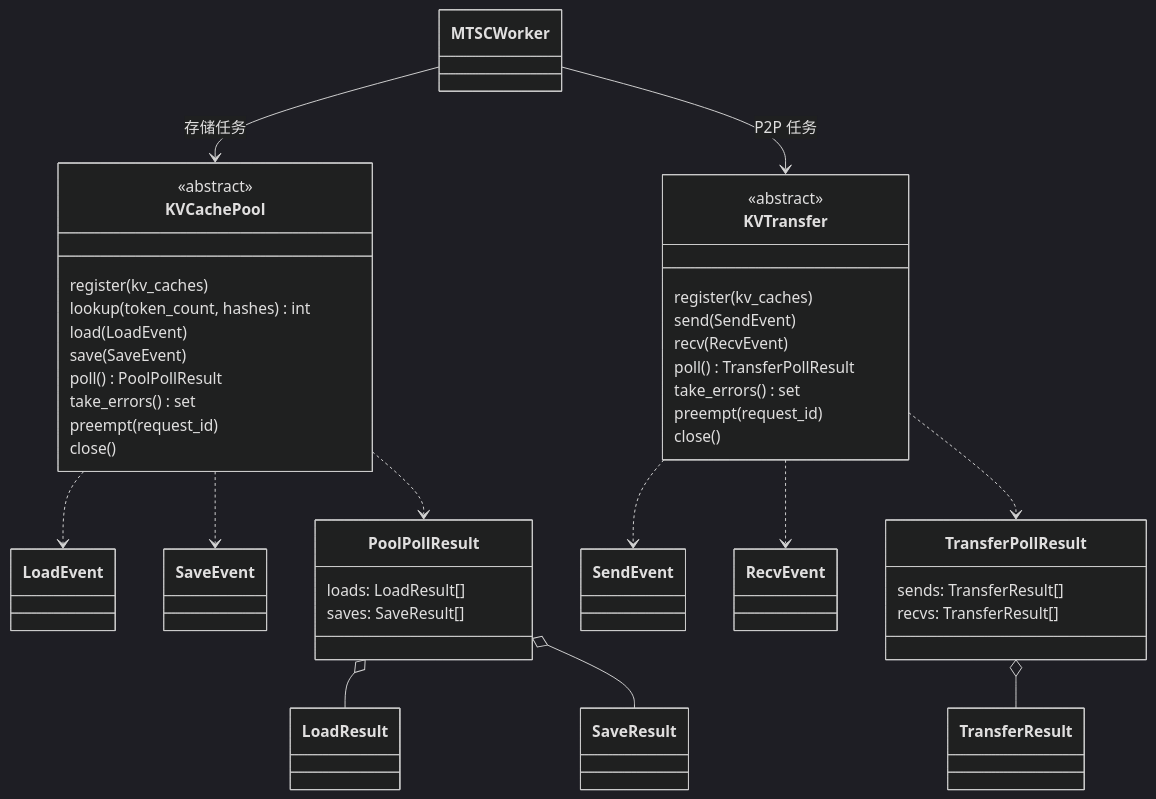
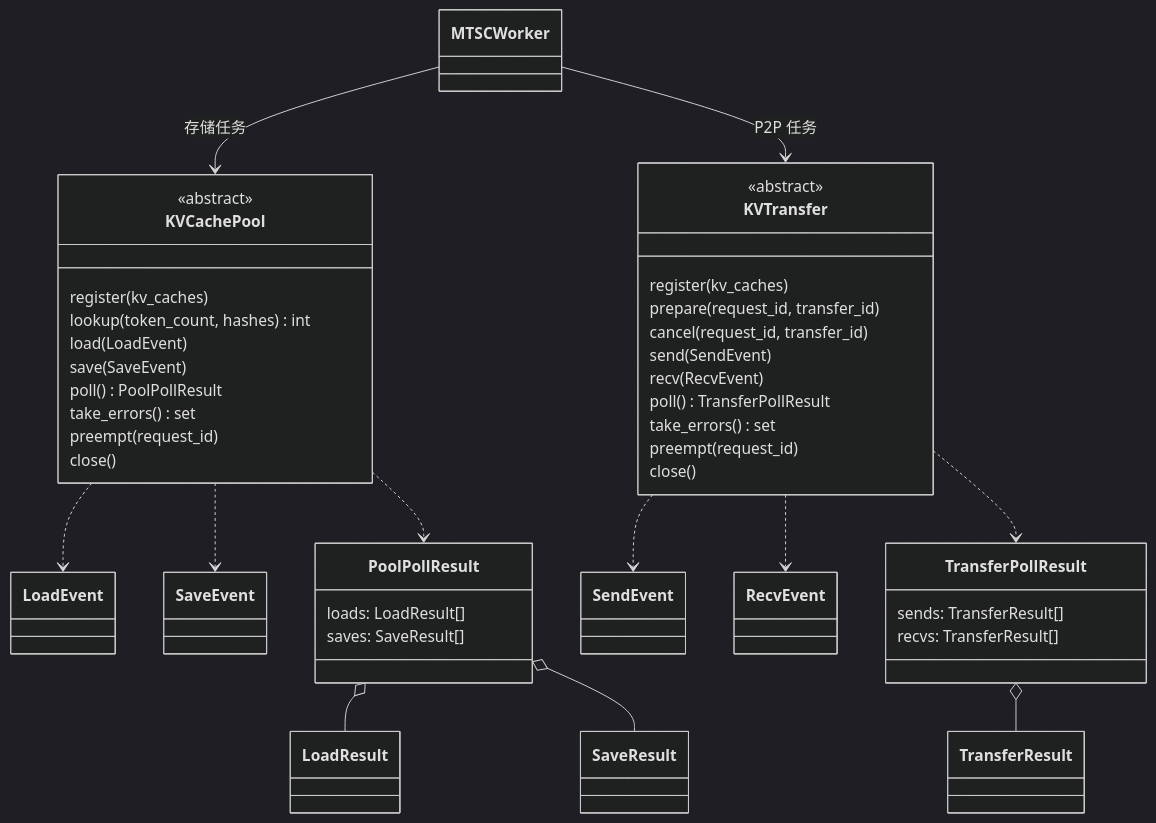
Before and after one commit to WangSu-X/MTSC: the second of 3 diagrams in docs/design/S05-pool&transfe.md, drawn with Mermaid (dark theme). The commit also changed other lines of this file and 20 other files, not shown here.

````diff
--- a/docs/design/S05-pool&transfe.md
+++ b/docs/design/S05-pool&transfe.md
@@ -64,44 +66,46 @@
 ```mermaid
 classDiagram
     class MTSCWorker
     class KVCachePool {
         <<abstract>>
         register(kv_caches)
         lookup(token_count, hashes) int
         load(LoadEvent)
         save(SaveEvent)
         poll() PoolPollResult
         take_errors() set
         preempt(request_id)
         close()
     }
     class KVTransfer {
         <<abstract>>
         register(kv_caches)
+        prepare(request_id, transfer_id)
+        cancel(request_id, transfer_id)
         send(SendEvent)
         recv(RecvEvent)
         poll() TransferPollResult
         take_errors() set
         preempt(request_id)
         close()
     }
     class PoolPollResult {
         loads: LoadResult[]
         saves: SaveResult[]
     }
     class TransferPollResult {
         sends: TransferResult[]
         recvs: TransferResult[]
     }
     MTSCWorker --> KVCachePool : 存储任务
     MTSCWorker --> KVTransfer : P2P 任务
     KVCachePool ..> LoadEvent
     KVCachePool ..> SaveEvent
     KVCachePool ..> PoolPollResult
     PoolPollResult o-- LoadResult
     PoolPollResult o-- SaveResult
     KVTransfer ..> SendEvent
     KVTransfer ..> RecvEvent
     KVTransfer ..> TransferPollResult
     TransferPollResult o-- TransferResult
 ```
````
